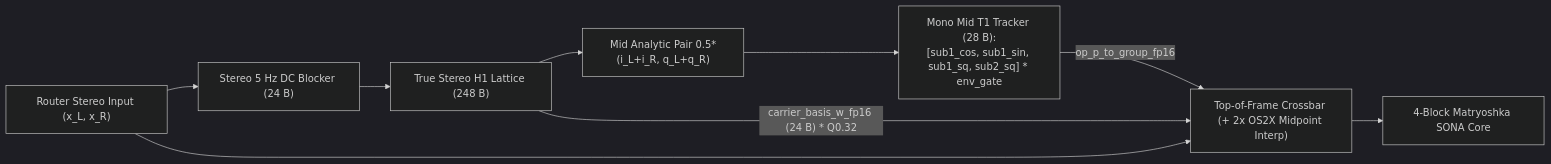
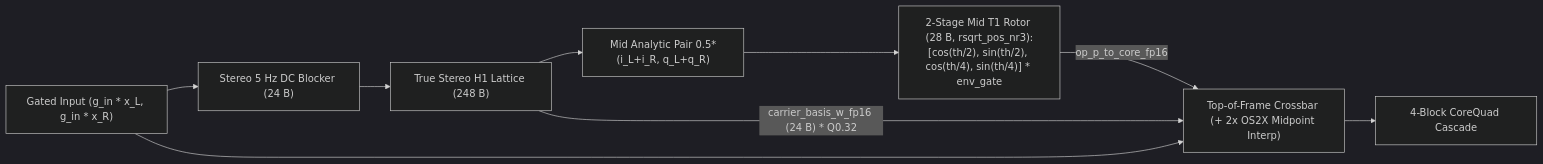
One commit to mokugen/dnam changed the diagram in docs/specs/dsp/op_m_modal_kautz.md. Above: the diagram before and after it, drawn with Mermaid (dark theme). The commit also changed other lines of this file and 26 other files, not shown here.

````diff
--- a/docs/specs/dsp/op_m_modal_kautz.md
+++ b/docs/specs/dsp/op_m_modal_kautz.md
@@ -274,7 +276,7 @@
 ```mermaid
 flowchart LR
-    X["Router Stereo Input (x_L, x_R)"] --> DC["Stereo 5 Hz DC Blocker (24 B)"] --> H1["True Stereo H1 Lattice (248 B)"] --> Mid["Mid Analytic Pair 0.5*(i_L+i_R, q_L+q_R)"] --> Tracker["Mono Mid T1 Tracker (28 B):<br/>[sub1_cos, sub1_sin, sub1_sq, sub2_sq] * env_gate"]
+    X["Gated Input (g_in * x_L, g_in * x_R)"] --> DC["Stereo 5 Hz DC Blocker (24 B)"] --> H1["True Stereo H1 Lattice (248 B)"] --> Mid["Mid Analytic Pair 0.5*(i_L+i_R, q_L+q_R)"] --> Tracker["2-Stage Mid T1 Rotor (28 B, rsqrt_pos_nr3):<br/>[cos(th/2), sin(th/2), cos(th/4), sin(th/4)] * env_gate"]
     H1 -->|"carrier_basis_w_fp16 (24 B) * Q0.32"| Crossbar["Top-of-Frame Crossbar (+ 2x OS2X Midpoint Interp)"]
-    X --> Crossbar --> Core["4-Block Matryoshka SONA Core"]
-    Tracker -->|"op_p_to_group_fp16"| Crossbar
+    X --> Crossbar --> Core["4-Block CoreQuad Cascade"]
+    Tracker -->|"op_p_to_core_fp16"| Crossbar
 ```
````
